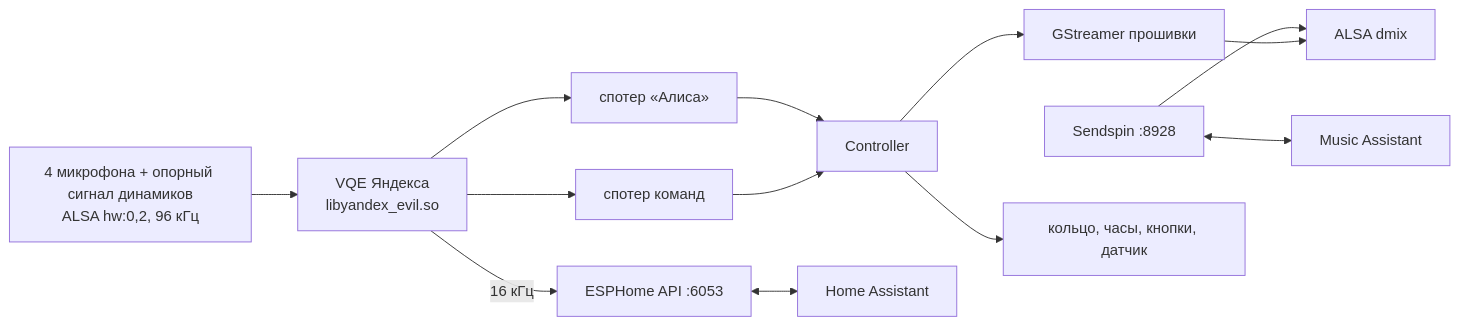
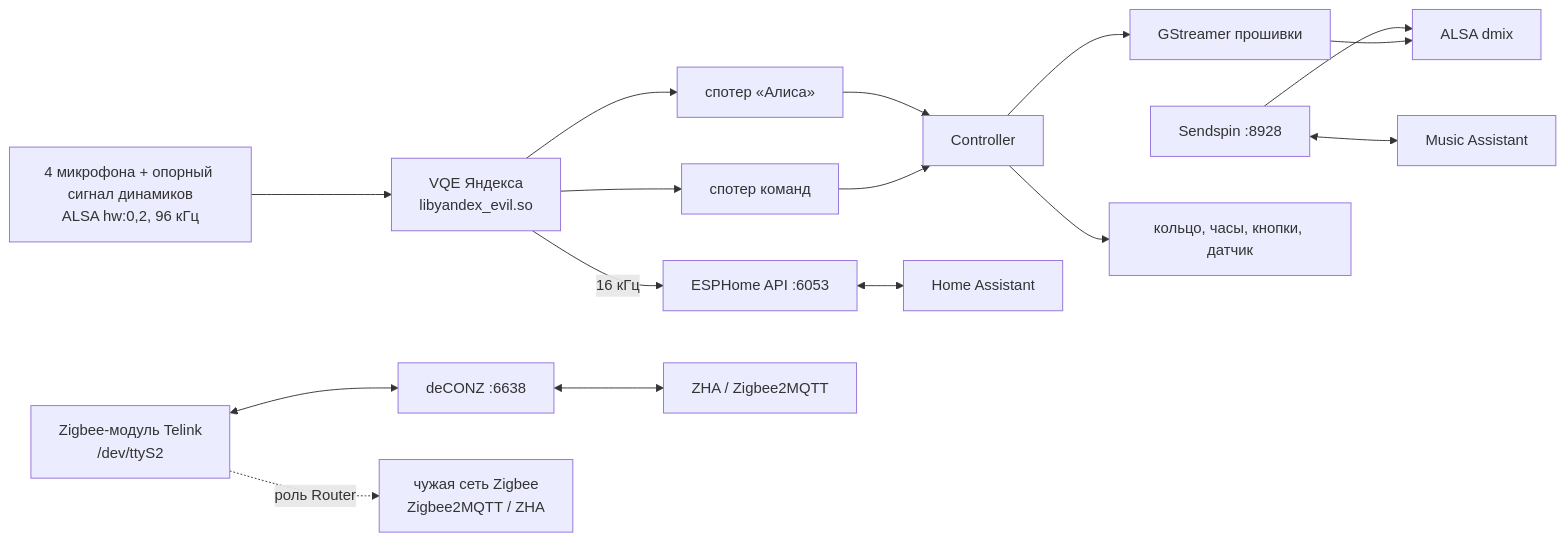
The diagram in README.md (Morvex885/pulsar), drawn with Mermaid before and after one commit. The commit also changed other lines of this file and 43 other files, not shown here.

First line of the commit message:
Zigbee on the Midi: pulsar's own radio firmware as coordinator or router

````diff
--- a/README.md
+++ b/README.md
@@ -352,15 +438,18 @@
 ```mermaid
 flowchart LR
   mics[4 микрофона + опорный сигнал динамиков<br/>ALSA hw:0,2, 96 кГц] --> vqe[VQE Яндекса<br/>libyandex_evil.so]
   vqe --> wake[спотер «Алиса»]
   vqe --> cmd[спотер команд]
   vqe -->|16 кГц| api[ESPHome API :6053]
   wake --> ctl[Controller]
   cmd --> ctl
   api <--> ha[Home Assistant]
   ctl --> player[GStreamer прошивки]
   ss[Sendspin :8928] <--> ma[Music Assistant]
   ss --> alsa[ALSA dmix]
   player --> alsa
   ctl --> hw[кольцо, часы, кнопки, датчик]
+  zb[Zigbee-модуль Telink<br/>/dev/ttyS2] <--> dz[deCONZ :6638]
+  dz <--> zha[ZHA / Zigbee2MQTT]
+  zb -.->|роль Router| z2m[чужая сеть Zigbee<br/>Zigbee2MQTT / ZHA]
 ```
````
